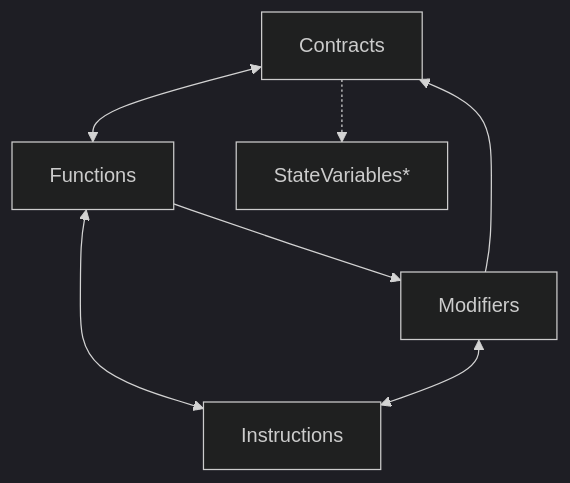
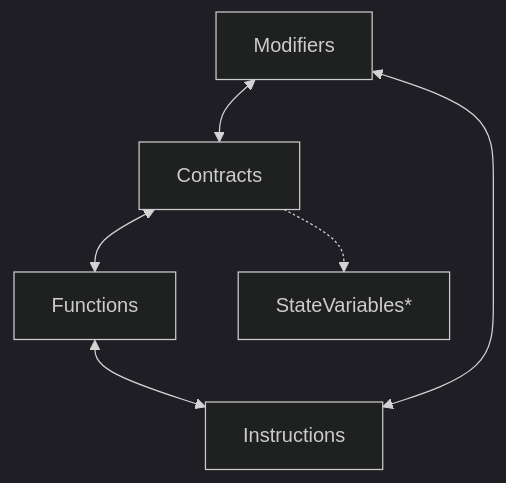
The diagram in articles/boosting-declarative-part/README.md (ustas-eth/daily-glider), drawn with Mermaid (dark theme) before and after one commit. The commit also changed other lines of this file and 6 other files, not shown here.

````diff
--- a/articles/boosting-declarative-part/README.md
+++ b/articles/boosting-declarative-part/README.md
@@ -45,11 +45,10 @@
 ```mermaid
 flowchart TD
     Contracts <--> Functions
     Contracts -.-> StateVariables*
 
-    Functions --> Modifiers
     Functions <--> Instructions
 
     Modifiers <--> Instructions
-    Modifiers --> Contracts
+    Modifiers <--> Contracts
 ```
````
